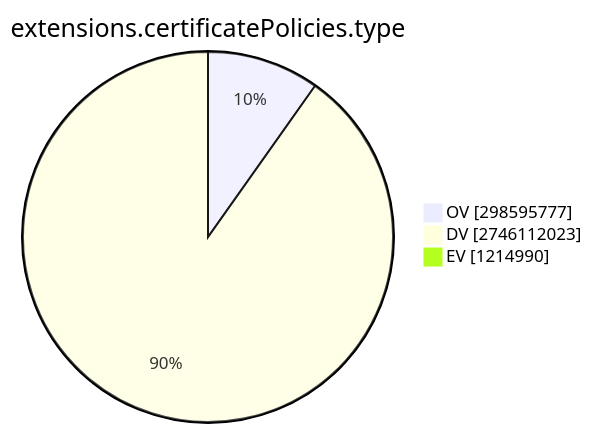
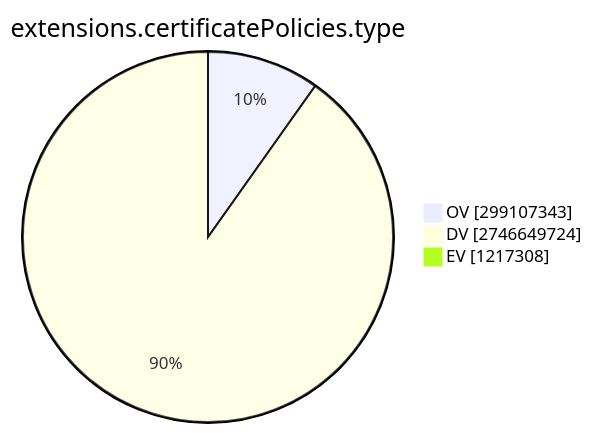
Before and after one commit to christiankrug/ctmonitor_visualization: the ninth of 15 diagrams in TOTAL/README.md, drawn with Mermaid. The commit also changed other lines of this file, not shown here.

````diff
--- a/TOTAL/README.md
+++ b/TOTAL/README.md
@@ -3100,7 +3100,7 @@
 ```mermaid
 pie showData
 title extensions.certificatePolicies.type
-"OV" :298595777
-"DV" :2746112023
-"EV" :1214990
+"OV" :299107343
+"DV" :2746649724
+"EV" :1217308
 ```
````
